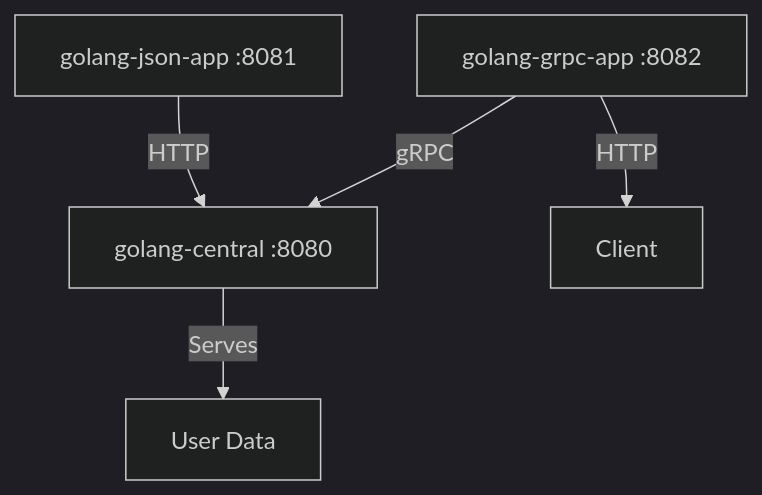
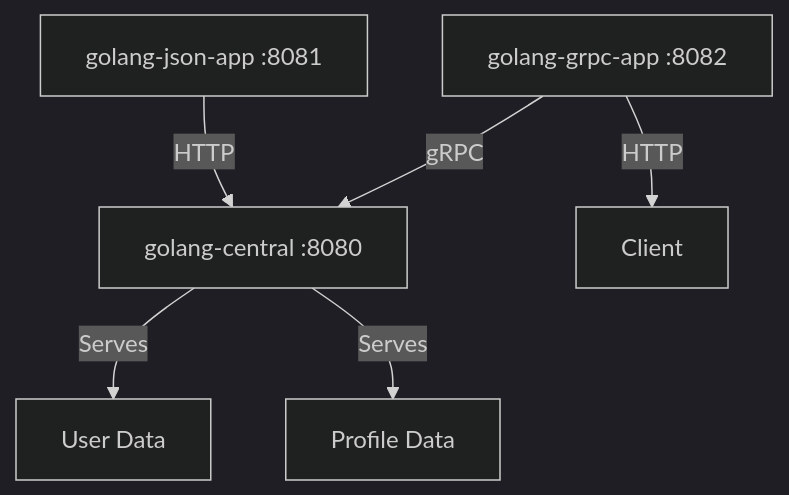
The diagram in README.md (CpBruceMeena/Golang-NexusPoint), drawn with Mermaid (dark theme) before and after one commit. The commit also changed other lines of this file and 6 other files, not shown here.

````diff
--- a/README.md
+++ b/README.md
@@ -7,7 +7,8 @@
 ```mermaid
 graph TD
     A[golang-json-app :8081] -->|HTTP| B[golang-central :8080]
     C[golang-grpc-app :8082] -->|HTTP| D[Client]
     C -->|gRPC| B
     B -->|Serves| E[User Data]
+    B -->|Serves| F[Profile Data]
 ```
````
